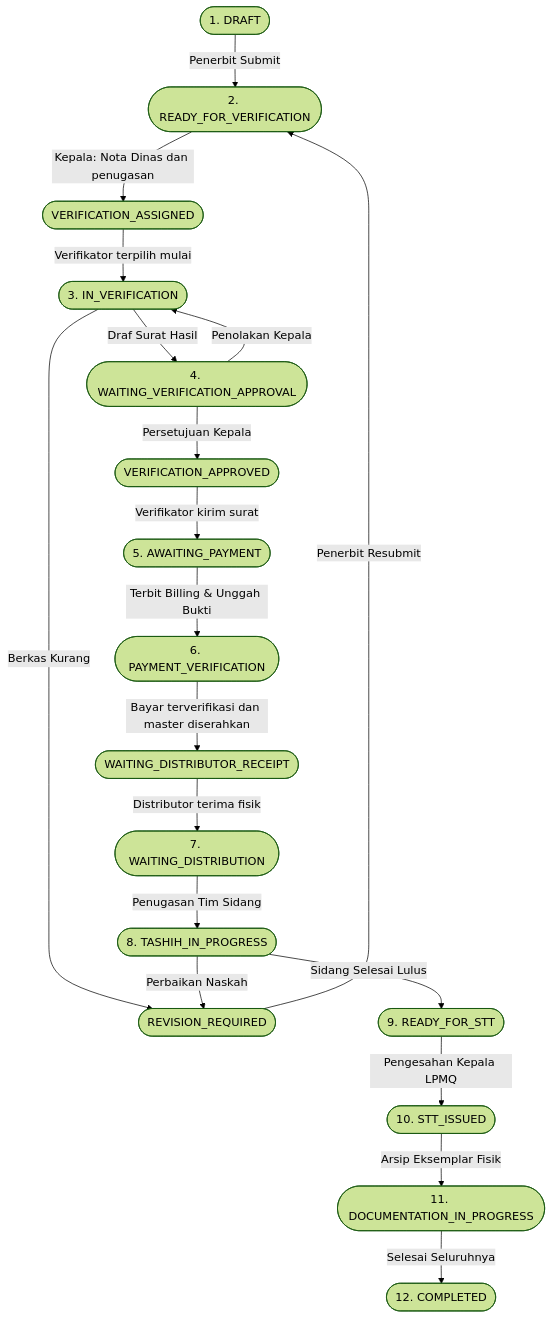
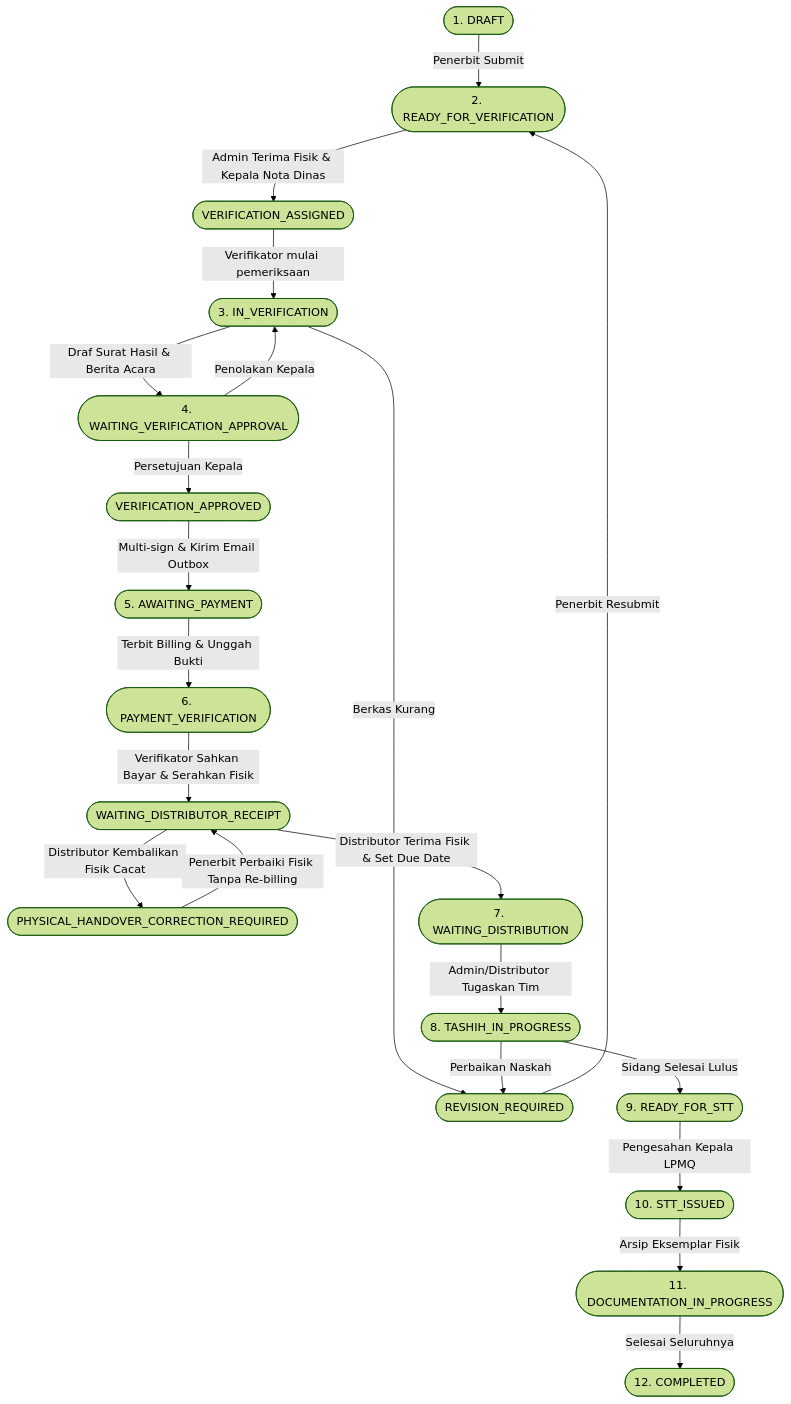
The diagram in API_CONTRACT_MODUL_LANJUTAN.md (farisifakhri/lpmqtashihhub), drawn with Mermaid (forest theme) before and after one commit. The commit also changed other lines of this file and 44 other files, not shown here.

````diff
--- a/API_CONTRACT_MODUL_LANJUTAN.md
+++ b/API_CONTRACT_MODUL_LANJUTAN.md
@@ -225,24 +240,26 @@
 ```mermaid
 flowchart TD
     DRAFT([1. DRAFT]) -->|Penerbit Submit| READY_FOR_VERIFICATION([2. READY_FOR_VERIFICATION])
-    READY_FOR_VERIFICATION -->|Kepala: Nota Dinas dan penugasan| VERIFICATION_ASSIGNED([VERIFICATION_ASSIGNED])
-    VERIFICATION_ASSIGNED -->|Verifikator terpilih mulai| IN_VERIFICATION([3. IN_VERIFICATION])
-    IN_VERIFICATION -->|Draf Surat Hasil| WAITING_VERIF_APP([4. WAITING_VERIFICATION_APPROVAL])
+    READY_FOR_VERIFICATION -->|Admin Terima Fisik & Kepala Nota Dinas| VERIFICATION_ASSIGNED([VERIFICATION_ASSIGNED])
+    VERIFICATION_ASSIGNED -->|Verifikator mulai pemeriksaan| IN_VERIFICATION([3. IN_VERIFICATION])
+    IN_VERIFICATION -->|Draf Surat Hasil & Berita Acara| WAITING_VERIF_APP([4. WAITING_VERIFICATION_APPROVAL])
     WAITING_VERIF_APP -->|Persetujuan Kepala| VERIFICATION_APPROVED([VERIFICATION_APPROVED])
-    VERIFICATION_APPROVED -->|Verifikator kirim surat| AWAITING_PAYMENT([5. AWAITING_PAYMENT])
+    VERIFICATION_APPROVED -->|Multi-sign & Kirim Email Outbox| AWAITING_PAYMENT([5. AWAITING_PAYMENT])
     WAITING_VERIF_APP -->|Penolakan Kepala| IN_VERIFICATION
     IN_VERIFICATION -->|Berkas Kurang| REVISION_REQUIRED([REVISION_REQUIRED])
     REVISION_REQUIRED -->|Penerbit Resubmit| READY_FOR_VERIFICATION
     
     AWAITING_PAYMENT -->|Terbit Billing & Unggah Bukti| PAYMENT_VERIFICATION([6. PAYMENT_VERIFICATION])
-    PAYMENT_VERIFICATION -->|Bayar terverifikasi dan master diserahkan| WAITING_DISTRIBUTOR_RECEIPT([WAITING_DISTRIBUTOR_RECEIPT])
-    WAITING_DISTRIBUTOR_RECEIPT -->|Distributor terima fisik| WAITING_DISTRIBUTION([7. WAITING_DISTRIBUTION])
+    PAYMENT_VERIFICATION -->|Verifikator Sahkan Bayar & Serahkan Fisik| WAITING_DISTRIBUTOR_RECEIPT([WAITING_DISTRIBUTOR_RECEIPT])
+    WAITING_DISTRIBUTOR_RECEIPT -->|Distributor Kembalikan Fisik Cacat| HANDOVER_CORRECTION([PHYSICAL_HANDOVER_CORRECTION_REQUIRED])
+    HANDOVER_CORRECTION -->|Penerbit Perbaiki Fisik Tanpa Re-billing| WAITING_DISTRIBUTOR_RECEIPT
+    WAITING_DISTRIBUTOR_RECEIPT -->|Distributor Terima Fisik & Set Due Date| WAITING_DISTRIBUTION([7. WAITING_DISTRIBUTION])
     
-    WAITING_DISTRIBUTION -->|Penugasan Tim Sidang| TASHIH_IN_PROGRESS([8. TASHIH_IN_PROGRESS])
+    WAITING_DISTRIBUTION -->|Admin/Distributor Tugaskan Tim| TASHIH_IN_PROGRESS([8. TASHIH_IN_PROGRESS])
     TASHIH_IN_PROGRESS -->|Perbaikan Naskah| REVISION_REQUIRED
     TASHIH_IN_PROGRESS -->|Sidang Selesai Lulus| READY_FOR_STT([9. READY_FOR_STT])
     
     READY_FOR_STT -->|Pengesahan Kepala LPMQ| STT_ISSUED([10. STT_ISSUED])
     STT_ISSUED -->|Arsip Eksemplar Fisik| DOC_PROGRESS([11. DOCUMENTATION_IN_PROGRESS])
     DOC_PROGRESS -->|Selesai Seluruhnya| COMPLETED([12. COMPLETED])
 ```
````
